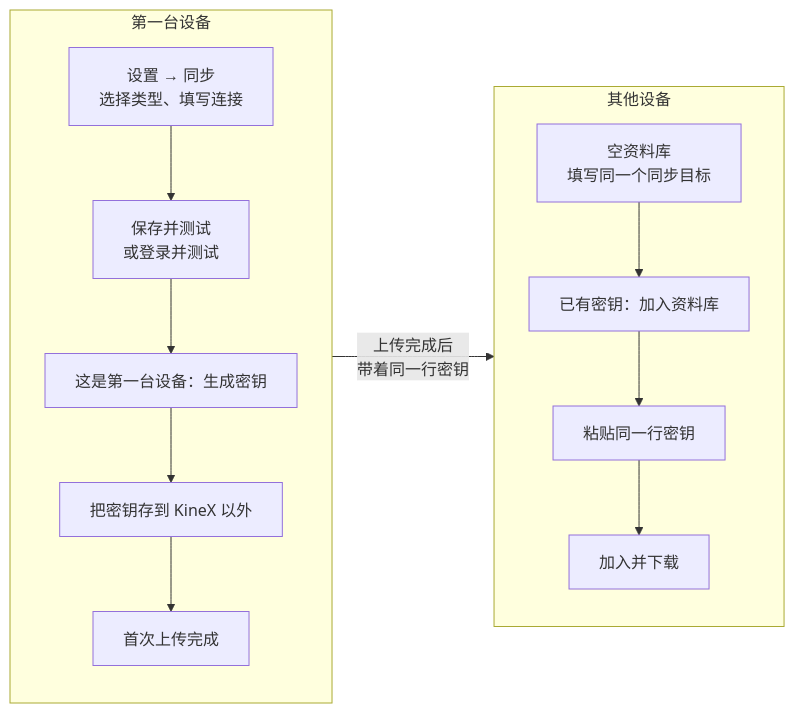
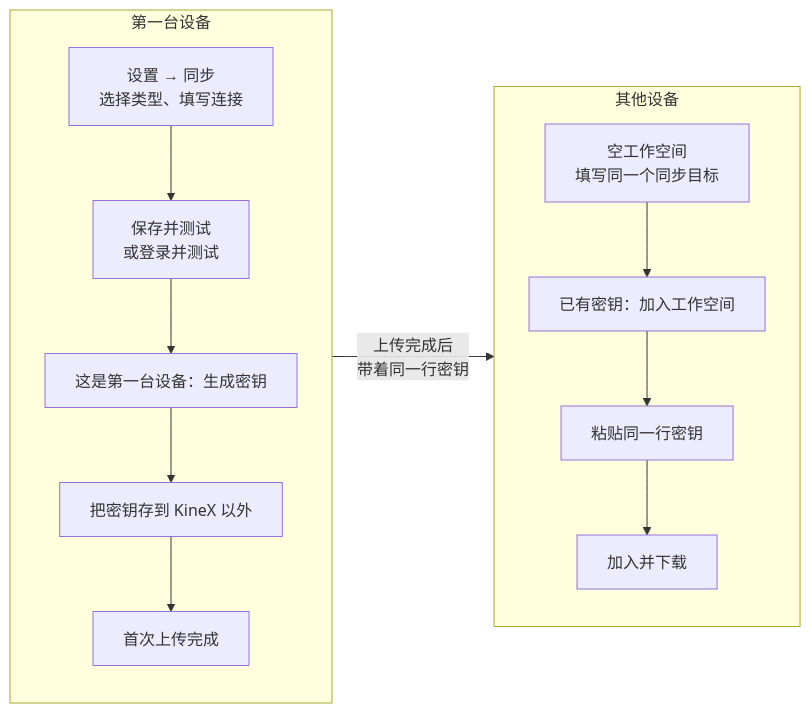
Before and after one commit to C21H21NO2S/kinex-site: diagram 14 of 23 in guide/zh.md, drawn with Mermaid. The commit also changed other lines of this file and 4 other files, not shown here.

````diff
--- a/guide/zh.md
+++ b/guide/zh.md
@@ -873,17 +934,17 @@
 ```mermaid
 flowchart LR
     subgraph S1["第一台设备"]
         direction TB
         A1["设置 → 同步<br/>选择类型、填写连接"] --> A2["保存并测试<br/>或登录并测试"]
         A2 --> A3["这是第一台设备：生成密钥"]
         A3 --> A4["把密钥存到 KineX 以外"]
         A4 --> A5["首次上传完成"]
     end
     subgraph S2["其他设备"]
         direction TB
-        B1["空资料库<br/>填写同一个同步目标"] --> B2["已有密钥：加入资料库"]
+        B1["空工作空间<br/>填写同一个同步目标"] --> B2["已有密钥：加入工作空间"]
         B2 --> B3["粘贴同一行密钥"]
         B3 --> B4["加入并下载"]
     end
     S1 -->|上传完成后<br/>带着同一行密钥| S2
 ```
````
